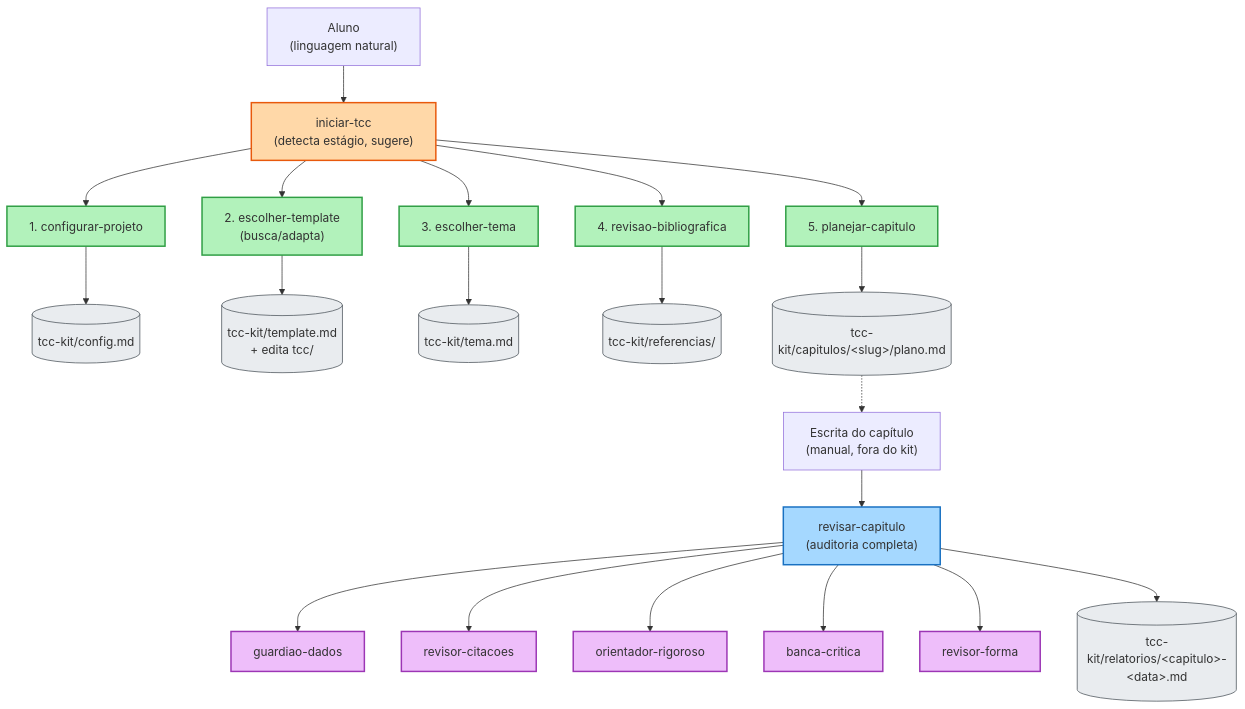
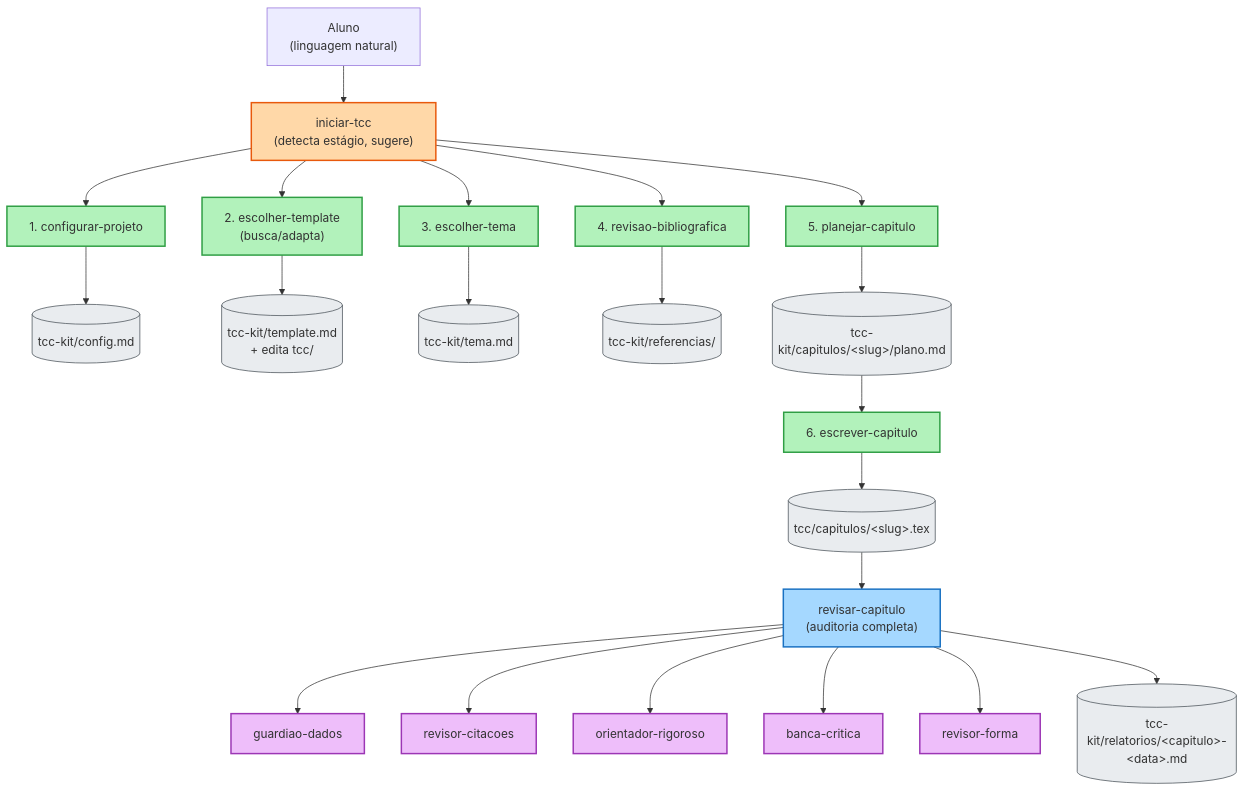
Before and after one commit to Oseiasdfarias/tcc-verificado-kit-agentes: the diagram in README.md, drawn with Mermaid. The commit also changed other lines of this file and 4 other files, not shown here.

First line of the commit message:
Corrige 8 achados da revisao de integracao final de escrever-capitulo

````diff
--- a/README.md
+++ b/README.md
@@ -35,39 +35,40 @@
 ```mermaid
 flowchart TD
     Aluno["Aluno<br/>(linguagem natural)"] --> Hub1["iniciar-tcc<br/>(detecta estágio, sugere)"]
 
     Hub1 --> S1["1. configurar-projeto"]
     Hub1 --> S2["2. escolher-template<br/>(busca/adapta)"]
     Hub1 --> S3["3. escolher-tema"]
     Hub1 --> S4["4. revisao-bibliografica"]
     Hub1 --> S5["5. planejar-capitulo"]
 
     S1 --> A1[("tcc-kit/config.md")]
     S2 --> A2[("tcc-kit/template.md<br/>+ edita tcc/")]
     S3 --> A3[("tcc-kit/tema.md")]
     S4 --> A4[("tcc-kit/referencias/")]
     S5 --> A5[("tcc-kit/capitulos/&lt;slug&gt;/plano.md")]
 
-    A5 -.-> Escrita["Escrita do capítulo<br/>(manual, fora do kit)"]
-    Escrita --> Hub2["revisar-capitulo<br/>(auditoria completa)"]
+    A5 --> S6["6. escrever-capitulo"]
+    S6 --> A6[("tcc/capitulos/&lt;slug&gt;.tex")]
+    A6 --> Hub2["revisar-capitulo<br/>(auditoria completa)"]
 
     Hub2 --> G1["guardiao-dados"]
     Hub2 --> G2["revisor-citacoes"]
     Hub2 --> G3["orientador-rigoroso"]
     Hub2 --> G4["banca-critica"]
     Hub2 --> G5["revisor-forma"]
 
     Hub2 --> Rel[("tcc-kit/relatorios/&lt;capitulo&gt;-&lt;data&gt;.md")]
 
     classDef hub fill:#ffd8a8,stroke:#e8590c,stroke-width:2px
     classDef hub2 fill:#a5d8ff,stroke:#1971c2,stroke-width:2px
     classDef skill fill:#b2f2bb,stroke:#2f9e44,stroke-width:2px
     classDef agente fill:#eebefa,stroke:#9c36b5,stroke-width:2px
     classDef artefato fill:#e9ecef,stroke:#495057,stroke-width:1px
 
     class Hub1 hub
     class Hub2 hub2
-    class S1,S2,S3,S4,S5 skill
+    class S1,S2,S3,S4,S5,S6 skill
     class G1,G2,G3,G4,G5 agente
-    class A1,A2,A3,A4,A5,Rel artefato
+    class A1,A2,A3,A4,A5,A6,Rel artefato
 ```
````
